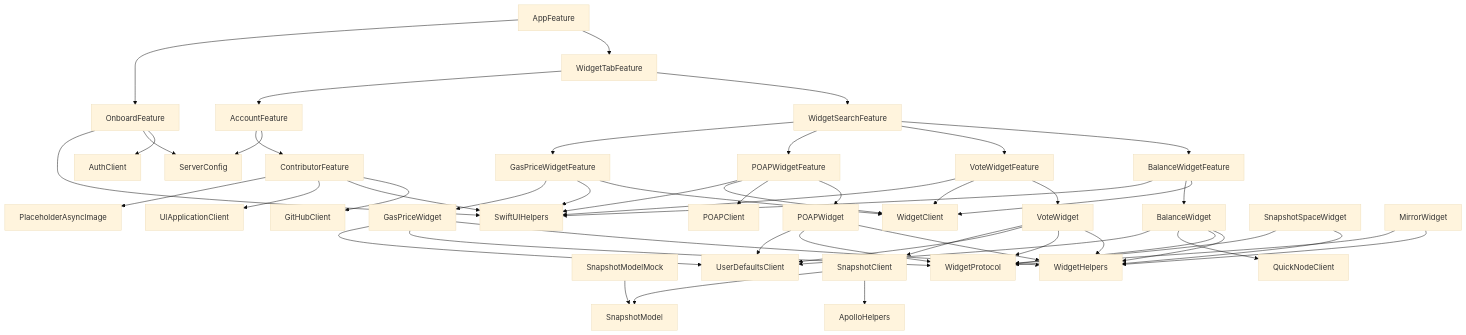
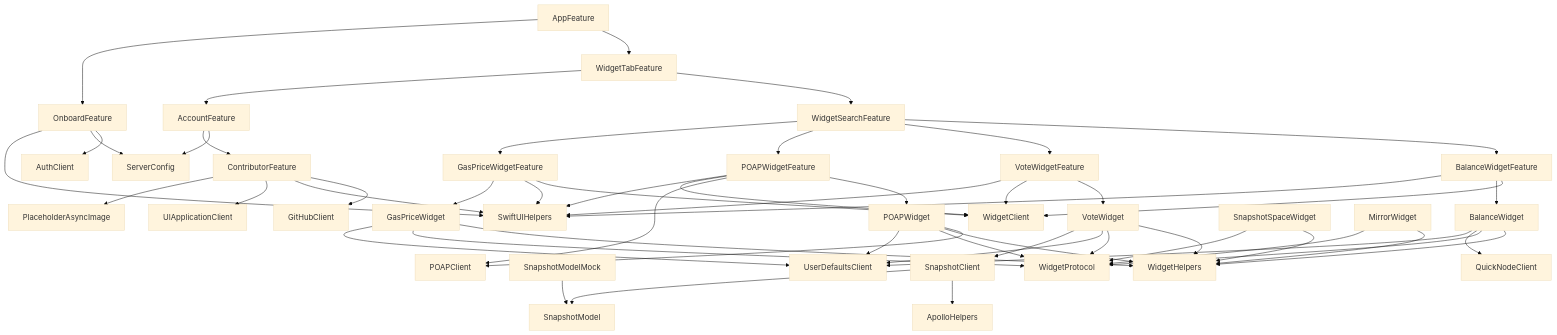
The diagram in caaaption/PackageDependencies.md (caaaption/caaaption), drawn with Mermaid (base theme) before and after one commit.

Commit message:
Run dgraph (#200)

````diff
--- a/caaaption/PackageDependencies.md
+++ b/caaaption/PackageDependencies.md
@@ -1,54 +1,55 @@
 ```mermaid
 graph TD;
     AppFeature-->WidgetTabFeature;
     AppFeature-->OnboardFeature;
     WidgetSearchFeature-->BalanceWidgetFeature;
     WidgetSearchFeature-->VoteWidgetFeature;
     WidgetSearchFeature-->POAPWidgetFeature;
     WidgetSearchFeature-->GasPriceWidgetFeature;
     AccountFeature-->ServerConfig;
     AccountFeature-->ContributorFeature;
     ContributorFeature-->GitHubClient;
     ContributorFeature-->SwiftUIHelpers;
     ContributorFeature-->UIApplicationClient;
     ContributorFeature-->PlaceholderAsyncImage;
     BalanceWidgetFeature-->WidgetClient;
     BalanceWidgetFeature-->BalanceWidget;
     BalanceWidgetFeature-->SwiftUIHelpers;
     VoteWidgetFeature-->VoteWidget;
     VoteWidgetFeature-->WidgetClient;
     VoteWidgetFeature-->SwiftUIHelpers;
     OnboardFeature-->AuthClient;
     OnboardFeature-->ServerConfig;
     OnboardFeature-->SwiftUIHelpers;
     POAPWidgetFeature-->POAPWidget;
     POAPWidgetFeature-->POAPClient;
     POAPWidgetFeature-->WidgetClient;
     POAPWidgetFeature-->SwiftUIHelpers;
     GasPriceWidgetFeature-->WidgetClient;
     GasPriceWidgetFeature-->SwiftUIHelpers;
     GasPriceWidgetFeature-->GasPriceWidget;
     WidgetTabFeature-->WidgetSearchFeature;
     WidgetTabFeature-->AccountFeature;
     SnapshotModelMock-->SnapshotModel;
     SnapshotClient-->ApolloHelpers;
     SnapshotClient-->SnapshotModel;
     BalanceWidget-->WidgetHelpers;
     BalanceWidget-->WidgetProtocol;
     BalanceWidget-->QuickNodeClient;
     BalanceWidget-->UserDefaultsClient;
     VoteWidget-->WidgetHelpers;
     VoteWidget-->WidgetProtocol;
     VoteWidget-->UserDefaultsClient;
     VoteWidget-->SnapshotClient;
     GasPriceWidget-->WidgetHelpers;
     GasPriceWidget-->WidgetProtocol;
     GasPriceWidget-->UserDefaultsClient;
+    POAPWidget-->POAPClient;
     POAPWidget-->WidgetHelpers;
     POAPWidget-->WidgetProtocol;
     POAPWidget-->UserDefaultsClient;
     SnapshotSpaceWidget-->WidgetHelpers;
     SnapshotSpaceWidget-->WidgetProtocol;
     MirrorWidget-->WidgetHelpers;
     MirrorWidget-->WidgetProtocol;
 ```
````
